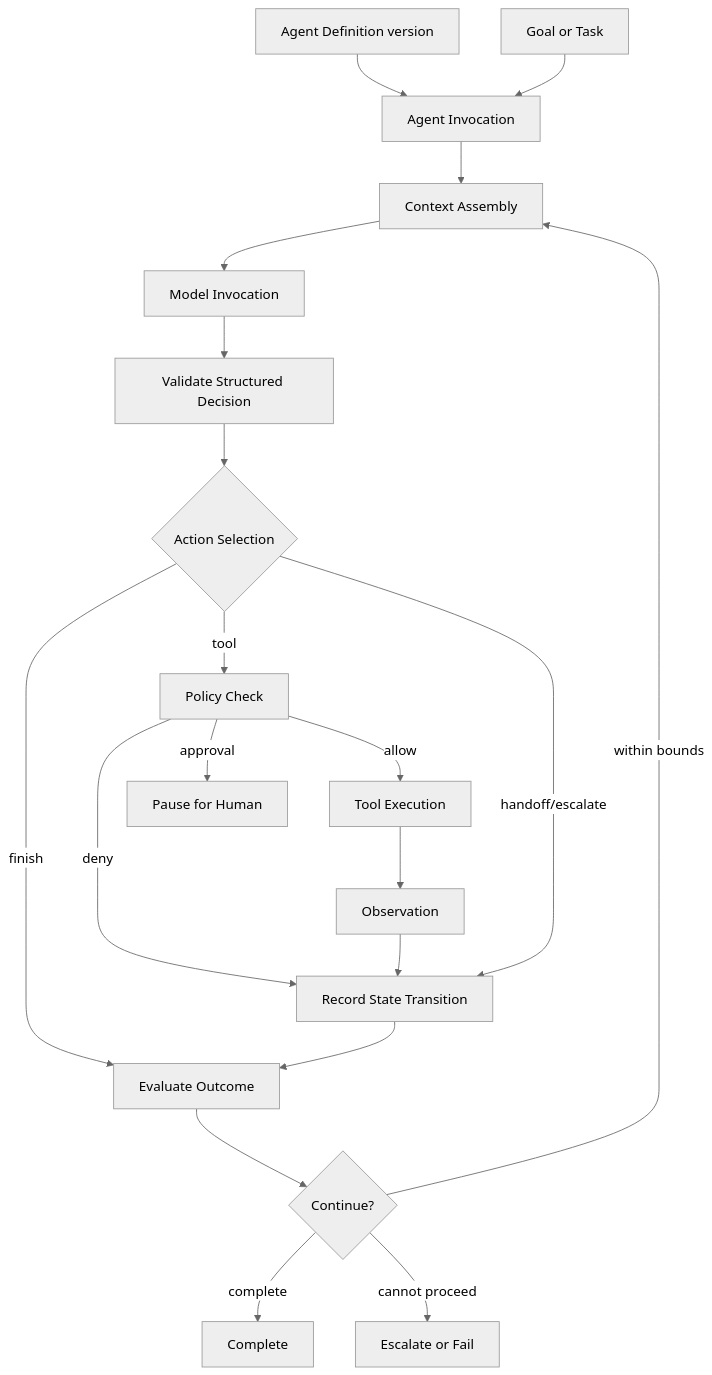
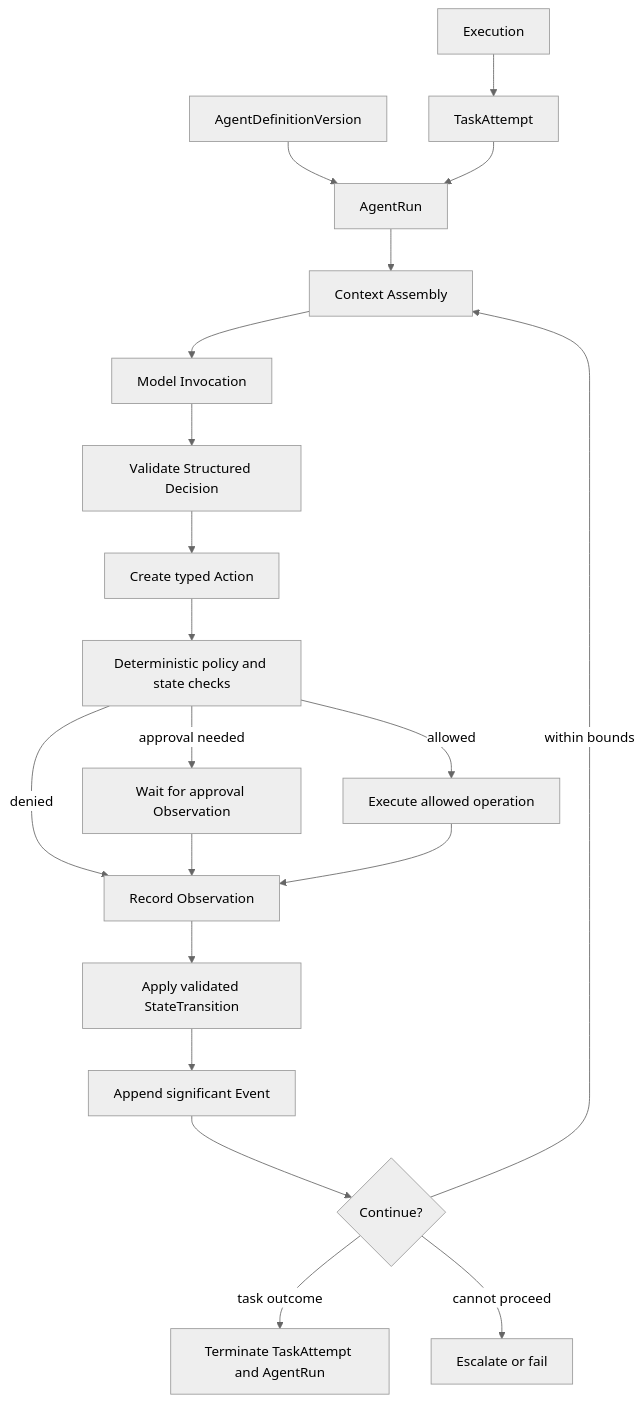
The diagram in docs/architecture/AGENT_RUNTIME_ARCHITECTURE.md (Amanux7/Nebula-OS-), drawn with Mermaid (neutral theme) before and after one commit. The commit also changed other lines of this file and 18 other files, not shown here.

Commit message:
docs: refine Stage 0 execution architecture

````diff
--- a/docs/architecture/AGENT_RUNTIME_ARCHITECTURE.md
+++ b/docs/architecture/AGENT_RUNTIME_ARCHITECTURE.md
@@ -9,22 +27,22 @@
 ```mermaid
 flowchart TD
-    D[Agent Definition version] --> I[Agent Invocation]
-    G[Goal or Task] --> I
-    I --> C[Context Assembly]
+    D[AgentDefinitionVersion] --> R[AgentRun]
+    E[Execution] --> TA[TaskAttempt]
+    TA --> R
+    R --> C[Context Assembly]
     C --> M[Model Invocation]
     M --> V[Validate Structured Decision]
-    V --> A{Action Selection}
-    A -->|finish| E[Evaluate Outcome]
-    A -->|tool| P[Policy Check]
-    A -->|handoff/escalate| S[Record State Transition]
-    P -->|deny| S
-    P -->|approval| H[Pause for Human]
-    P -->|allow| T[Tool Execution]
-    T --> O[Observation]
-    O --> S
-    S --> E
-    E --> Q{Continue?}
+    V --> A[Create typed Action]
+    A --> P[Deterministic policy and state checks]
+    P -->|approval needed| H[Wait for approval Observation]
+    P -->|allowed| X[Execute allowed operation]
+    P -->|denied| O[Record Observation]
+    H --> O
+    X --> O
+    O --> S[Apply validated StateTransition]
+    S --> EV[Append significant Event]
+    EV --> Q{Continue?}
     Q -->|within bounds| C
-    Q -->|complete| Z[Complete]
-    Q -->|cannot proceed| X[Escalate or Fail]
+    Q -->|task outcome| Z[Terminate TaskAttempt and AgentRun]
+    Q -->|cannot proceed| Y[Escalate or fail]
 ```
````
